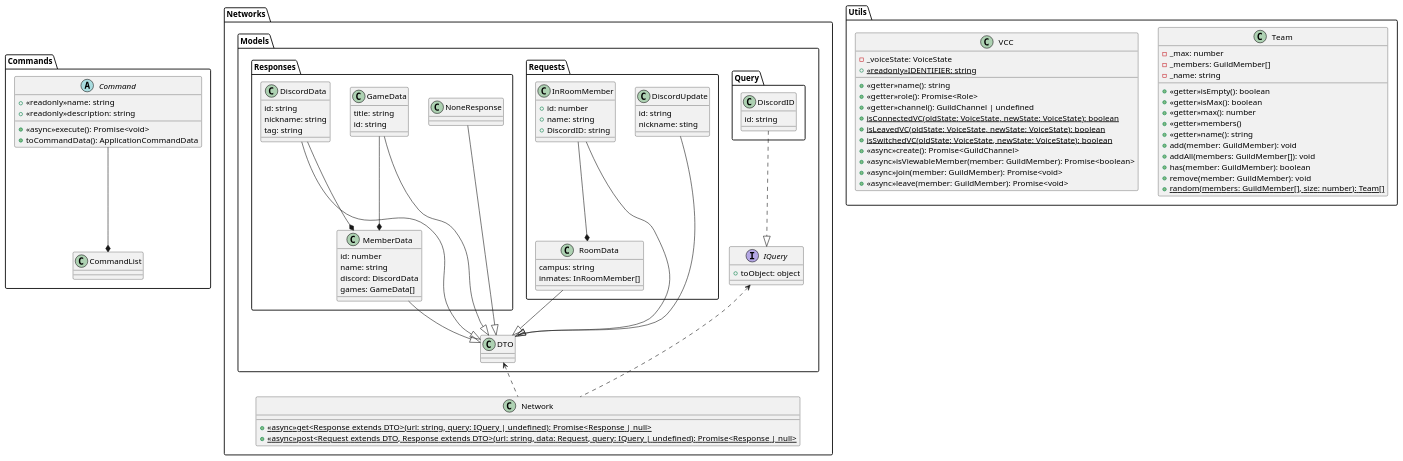
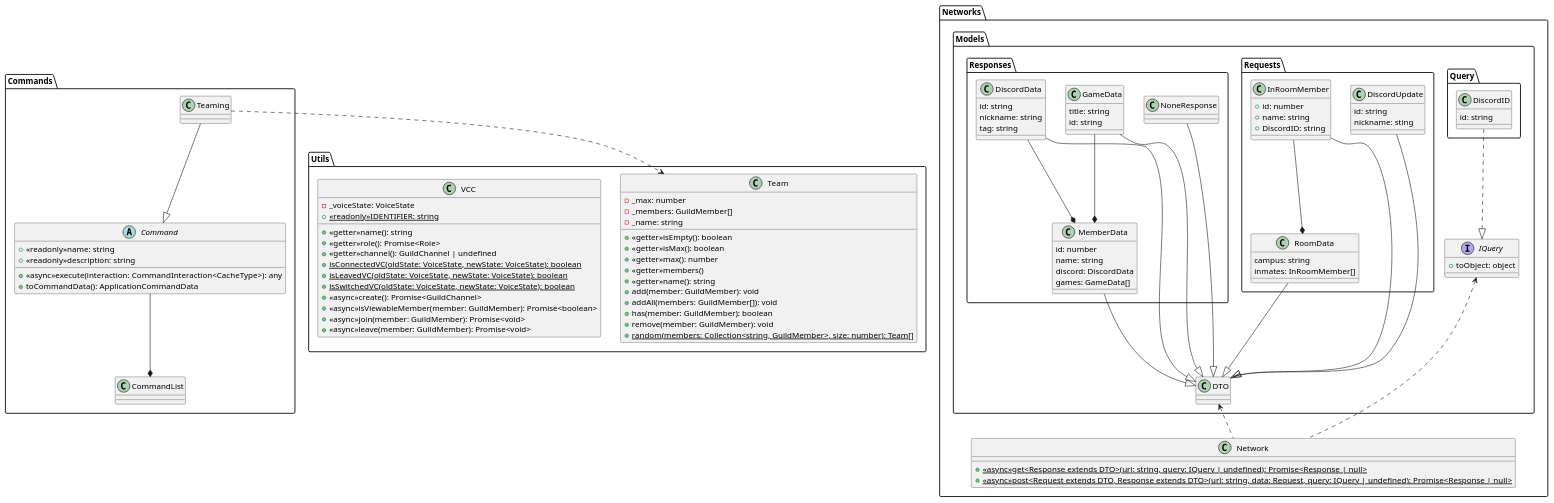
One commit to nmskm240/Discord-bot changed the diagram in classDiaglam.pu. Above: the diagram before and after it, drawn with PlantUML. The commit also changed 6 other files, not shown here.

Commit message:
create teaming command

```diff
--- a/classDiaglam.pu
+++ b/classDiaglam.pu
@@ -1,143 +1,146 @@
 @startuml Discord-bot
 
 package Commands
 {
     abstract class Command
     {
         +<<readonly>>name: string
         +<<readonly>>description: string
-        +<<async>>execute(): Promise<void>
+        +<<async>>execute(interaction: CommandInteraction<CacheType>): any
         +toCommandData(): ApplicationCommandData
     }
-
     class CommandList
+    class Teaming
 }
 
 package Networks
 {
     package Models
     {
         package Query
         {
             class DiscordID
             {
                 id: string
             }
         }
 
         package Requests
         {
             class DiscordUpdate
             {
                 id: string
                 nickname: sting
             }
 
             class InRoomMember
             {
                 +id: number
                 +name: string
                 +DiscordID: string
             }
 
             class RoomData
             {
                 campus: string
                 inmates: InRoomMember[]
             }
         }
 
         package Responses
         {
             class DiscordData
             {
                 id: string
                 nickname: string
                 tag: string
             }
 
             class GameData
             {
                 title: string
                 id: string
             }
 
             class MemberData
             {
                 id: number
                 name: string
                 discord: DiscordData
                 games: GameData[]
             }
 
             class NoneResponse
         }
         class DTO
         interface IQuery
         {
             +toObject: object
         }
     }
 
     class Network
     {
         +<<async>>{static}get<Response extends DTO>(url: string, query: IQuery | undefined): Promise<Response | null>
         +<<async>>{static}post<Request extends DTO, Response extends DTO>(url: string, data: Request, query: IQuery | undefined): Promise<Response | null>
     }
 }
 
 package Utils
 {
     class Team
     {
         -_max: number
         -_members: GuildMember[]
         -_name: string
         +<<getter>>isEmpty(): boolean
         +<<getter>>isMax(): boolean
         +<<getter>>max(): number
         +<<getter>>members()
         +<<getter>>name(): string
         +add(member: GuildMember): void
         +addAll(members: GuildMember[]): void
         +has(member: GuildMember): boolean
         +remove(member: GuildMember): void
-        +{static}random(members: GuildMember[], size: number): Team[]
+        +{static}random(members: Collection<string, GuildMember>, size: number): Team[]
     }
 
     class VCC
     {
         -_voiceState: VoiceState
         +<<getter>>name(): string
         +<<getter>>role(): Promise<Role>
         +<<getter>>channel(): GuildChannel | undefined
         +<<readonly>>{static}IDENTIFIER: string
         +{static}isConnectedVC(oldState: VoiceState, newState: VoiceState): boolean
         +{static}isLeavedVC(oldState: VoiceState, newState: VoiceState): boolean
         +{static}isSwitchedVC(oldState: VoiceState, newState: VoiceState): boolean
         +<<async>>create(): Promise<GuildChannel>
         +<<async>>isViewableMember(member: GuildMember): Promise<boolean>
         +<<async>>join(member: GuildMember): Promise<void>
         +<<async>>leave(member: GuildMember): Promise<void>
     }
 }
 
+Teaming --|> Command
+
 DiscordUpdate --|> DTO
 InRoomMember --|> DTO
 RoomData --|> DTO
 DiscordData --|> DTO
 GameData --|> DTO
 MemberData --|> DTO
 NoneResponse --|> DTO
 
 DiscordID ..|> IQuery
 
 Command --* CommandList
 InRoomMember --* RoomData
 GameData --* MemberData
 DiscordData --* MemberData
 
+Teaming .down.> Team
 Network .up.> IQuery
 Network .up.> DTO
 
 @enduml
```
